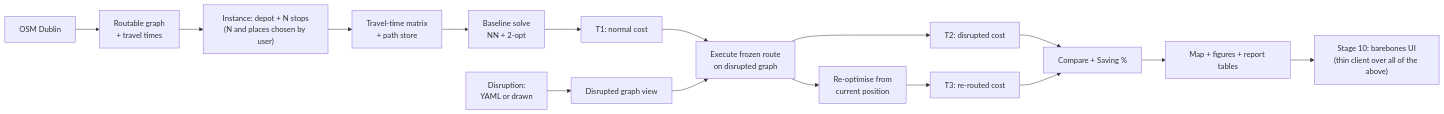
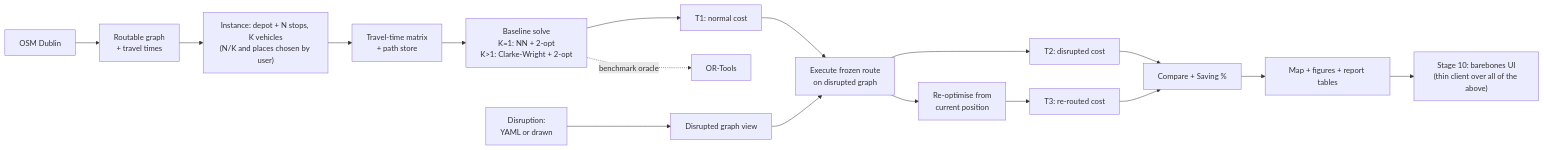
Before and after one commit to ACM40960/projects-rushikesh-shlok: the diagram in docs/architecture.md, drawn with Mermaid. The commit also changed other lines of this file and 11 other files, not shown here.

````diff
--- a/docs/architecture.md
+++ b/docs/architecture.md
@@ -9,18 +13,19 @@
 ```mermaid
 flowchart LR
     A[OSM Dublin] --> B[Routable graph<br/>+ travel times]
-    B --> C["Instance: depot + N stops<br/>(N and places chosen by user)"]
+    B --> C["Instance: depot + N stops, K vehicles<br/>(N/K and places chosen by user)"]
     C --> D[Travel-time matrix<br/>+ path store]
-    D --> E[Baseline solve<br/>NN + 2-opt]
+    D --> E["Baseline solve<br/>K=1: NN + 2-opt<br/>K&gt;1: Clarke-Wright + 2-opt"]
     E --> F[T1: normal cost]
+    E -.benchmark oracle.-> Z[OR-Tools]
     G[Disruption:<br/>YAML or drawn] --> H[Disrupted graph view]
     F --> I[Execute frozen route<br/>on disrupted graph]
     H --> I
     I --> J[T2: disrupted cost]
     I --> K[Re-optimise from<br/>current position]
     K --> L[T3: re-routed cost]
     J --> M[Compare + Saving %]
     L --> M
     M --> N[Map + figures + report tables]
     N --> O["Stage 10: barebones UI<br/>(thin client over all of the above)"]
 ```
````
